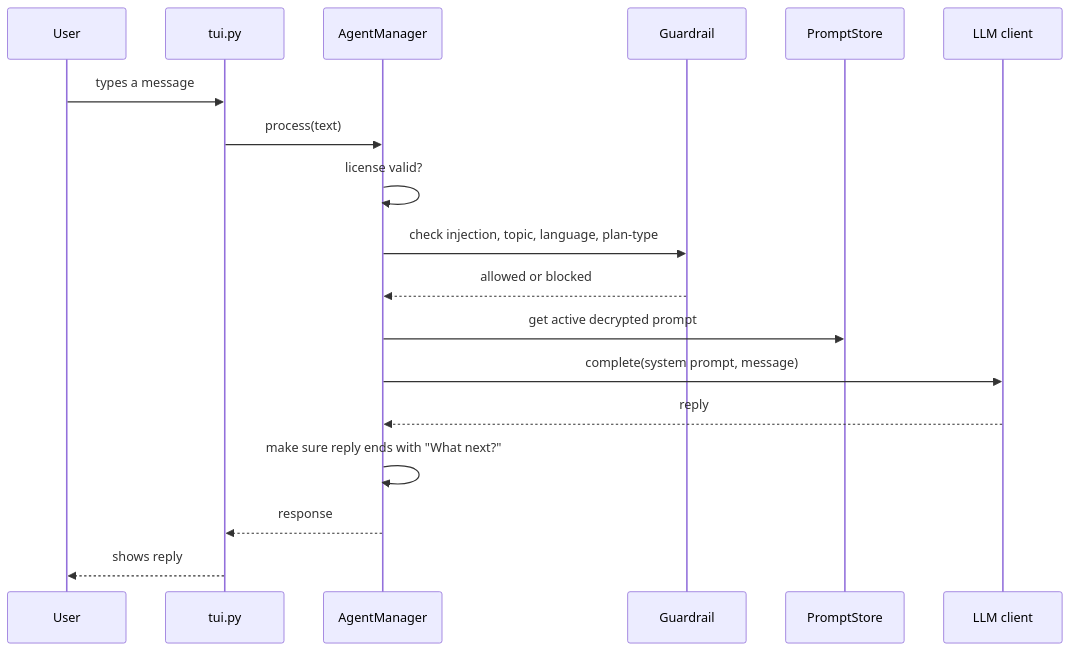
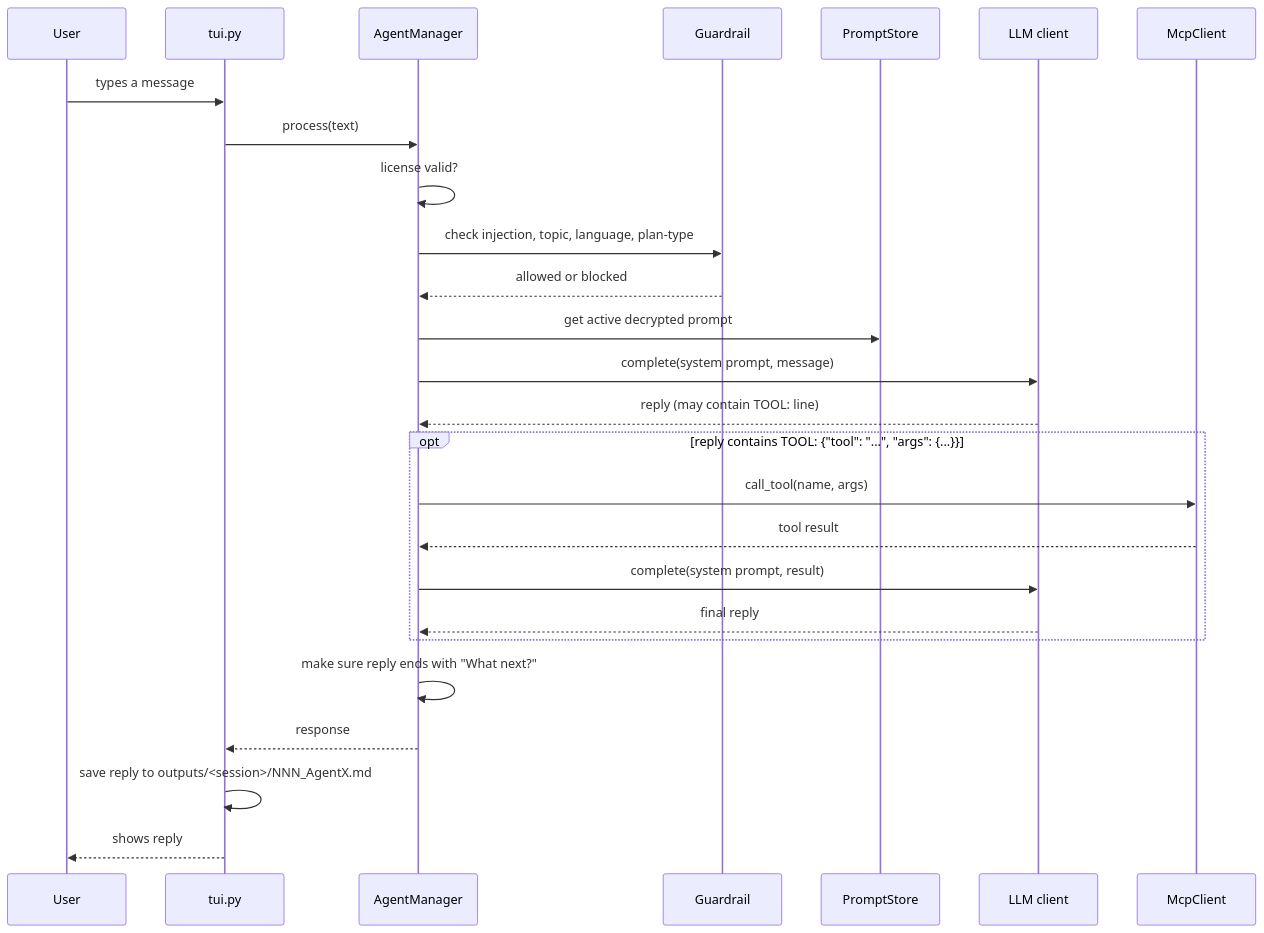
The second of 2 diagrams in README.md (CodePokemon-p/GameCode), drawn with Mermaid before and after one commit. The commit also changed other lines of this file, not shown here.

Commit message:
docs(readme): add MCP tool-calling, skills, updated diagrams and known limitations to match implementation

````diff
--- a/README.md
+++ b/README.md
@@ -28,20 +35,28 @@
 ```mermaid
 sequenceDiagram
     participant User
     participant TUI as tui.py
     participant AM as AgentManager
     participant G as Guardrail
     participant PS as PromptStore
     participant L as LLM client
+    participant MCP as McpClient
     User->>TUI: types a message
     TUI->>AM: process(text)
     AM->>AM: license valid?
     AM->>G: check injection, topic, language, plan-type
     G-->>AM: allowed or blocked
     AM->>PS: get active decrypted prompt
     AM->>L: complete(system prompt, message)
-    L-->>AM: reply
+    L-->>AM: reply (may contain TOOL: line)
+    opt reply contains TOOL: {"tool": "...", "args": {...}}
+        AM->>MCP: call_tool(name, args)
+        MCP-->>AM: tool result
+        AM->>L: complete(system prompt, result)
+        L-->>AM: final reply
+    end
     AM->>AM: make sure reply ends with "What next?"
     AM-->>TUI: response
+    TUI->>TUI: save reply to outputs/<session>/NNN_AgentX.md
     TUI-->>User: shows reply
 ```
````
